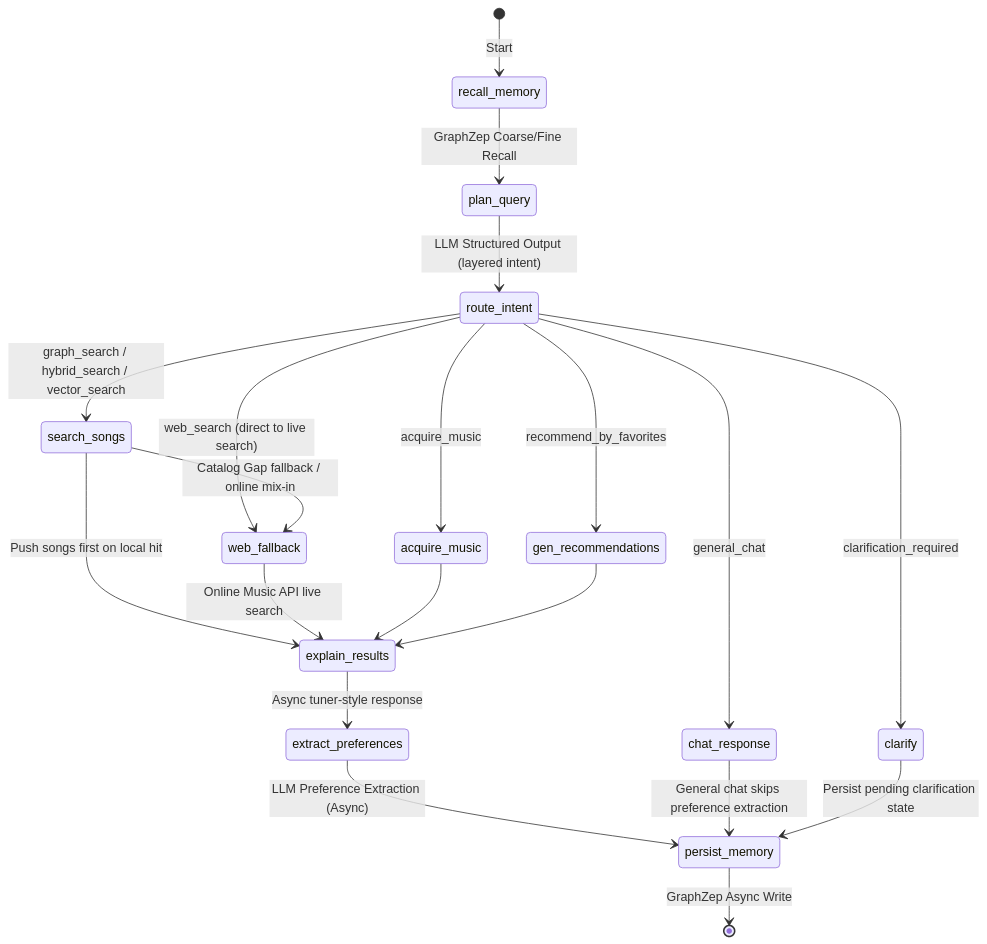
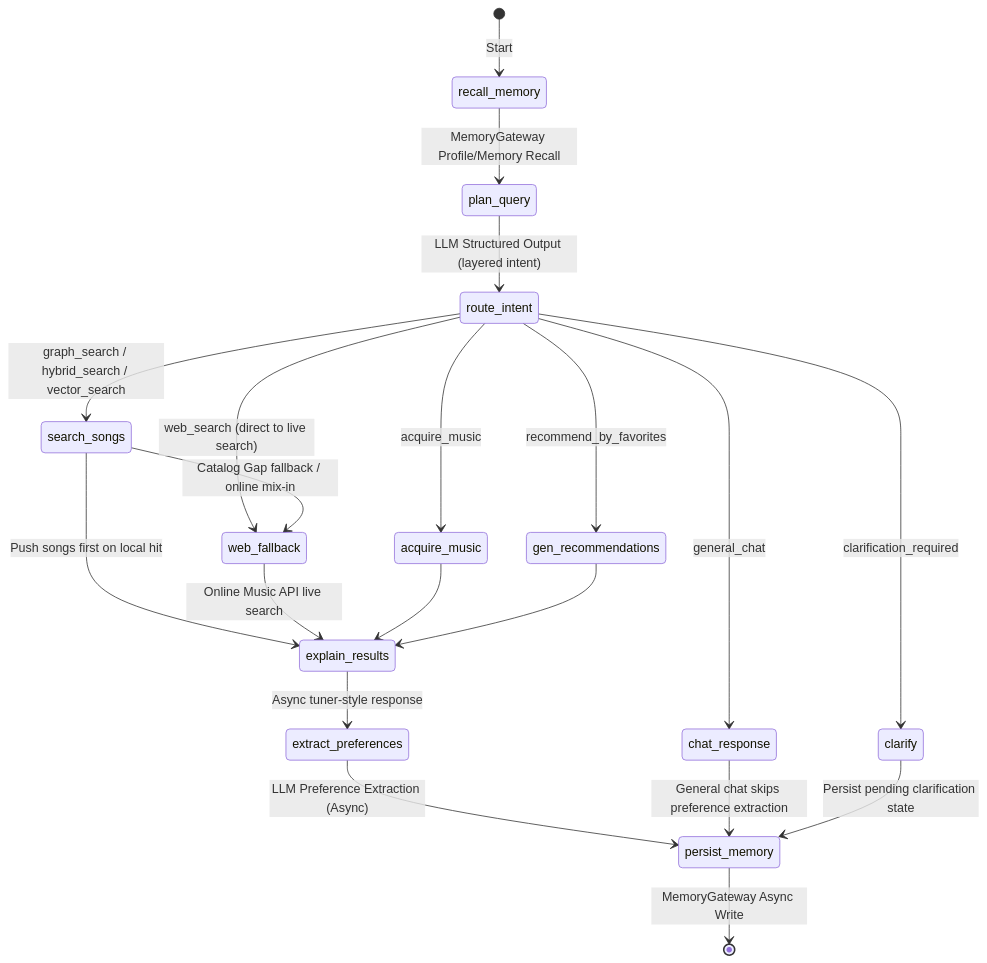
Before and after one commit to hgsanyang/SoulTuner-Agent: the first of 2 diagrams in README_EN.md, drawn with Mermaid. The commit also changed other lines of this file and 7 other files, not shown here.

````diff
--- a/README_EN.md
+++ b/README_EN.md
@@ -243,27 +243,27 @@
 ```mermaid
 stateDiagram-v2
     [*] --> recall_memory: Start
-    recall_memory --> plan_query: GraphZep Coarse/Fine Recall
+    recall_memory --> plan_query: MemoryGateway Profile/Memory Recall
     plan_query --> route_intent: LLM Structured Output (layered intent)
 
     route_intent --> search_songs: graph_search / hybrid_search / vector_search
     route_intent --> web_fallback: web_search (direct to live search)
     route_intent --> chat_response: general_chat
     route_intent --> acquire_music: acquire_music
     route_intent --> gen_recommendations: recommend_by_favorites
     route_intent --> clarify: clarification_required
 
     search_songs --> web_fallback: Catalog Gap fallback / online mix-in
     search_songs --> explain_results: Push songs first on local hit
     web_fallback --> explain_results: Online Music API live search
     acquire_music --> explain_results
     gen_recommendations --> explain_results
 
     explain_results --> extract_preferences: Async tuner-style response
     extract_preferences --> persist_memory: LLM Preference Extraction (Async)
 
     chat_response --> persist_memory: General chat skips preference extraction
     clarify --> persist_memory: Persist pending clarification state
 
-    persist_memory --> [*]: GraphZep Async Write
+    persist_memory --> [*]: MemoryGateway Async Write
 ```
````
